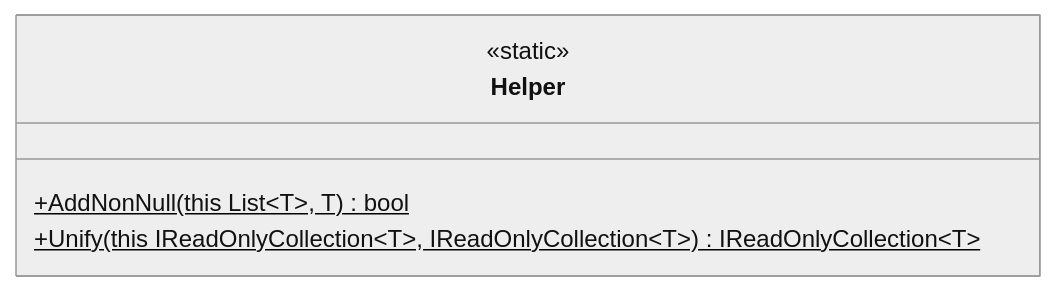
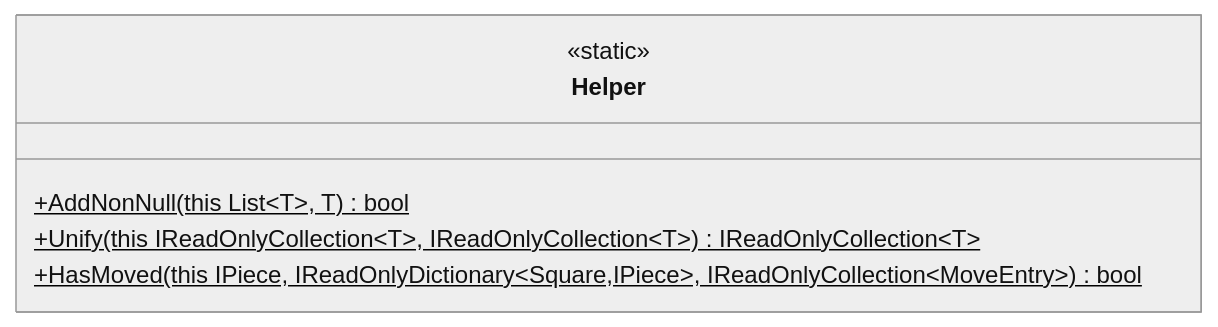
One commit to JeanLColombo/Mate changed the fifth of 7 diagrams in UML Diagram/Core/Extensions.md. Above: the diagram before and after it, drawn with Mermaid (neutral theme). The commit also changed other lines of this file and 2 other files, not shown here.

Commit message:
Updated UML's

````diff
--- a/UML Diagram/Core/Extensions.md
+++ b/UML Diagram/Core/Extensions.md
@@ -37,8 +37,9 @@
 ```mermaid
     classDiagram
     class Helper{
         <<static>>
         +AddNonNull(this List~T~, T)$ bool
         +Unify(this IReadOnlyCollection~T~, IReadOnlyCollection~T~)$ IReadOnlyCollection~T~
+        +HasMoved(this IPiece, IReadOnlyDictionary~Square,IPiece~, IReadOnlyCollection~MoveEntry~)$ bool 
     }
 ```
````
